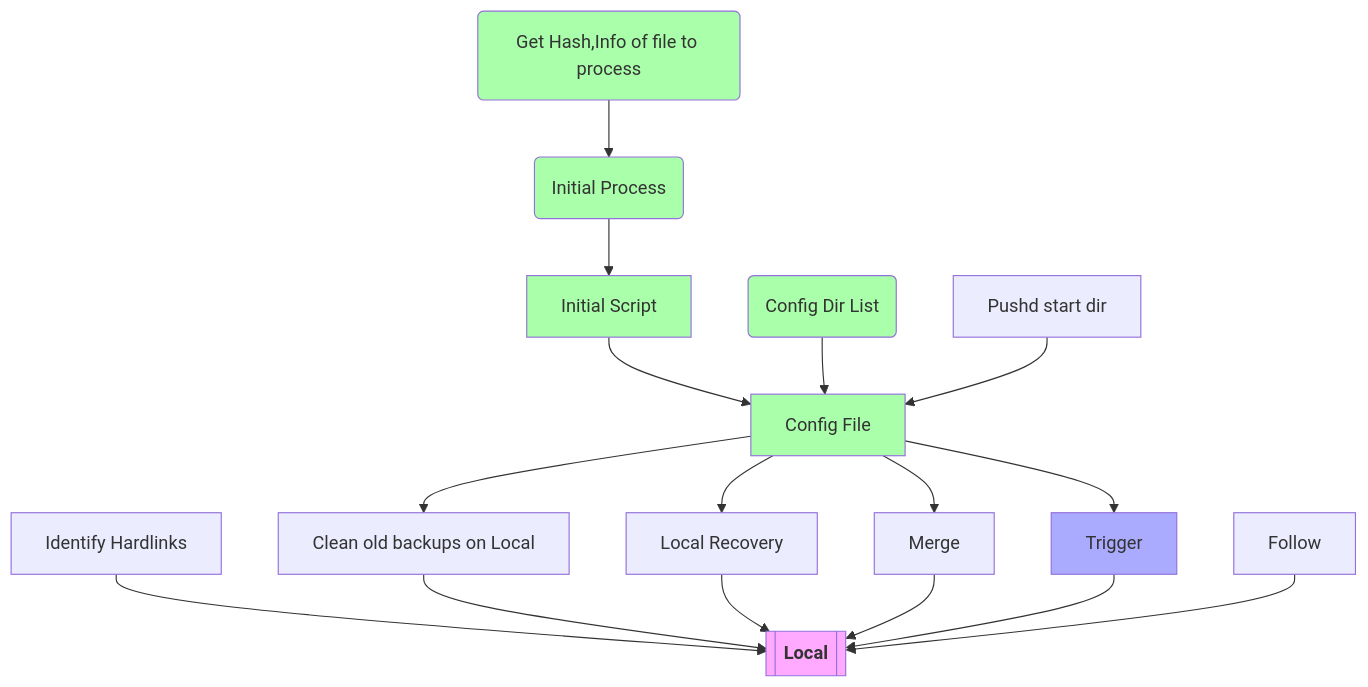
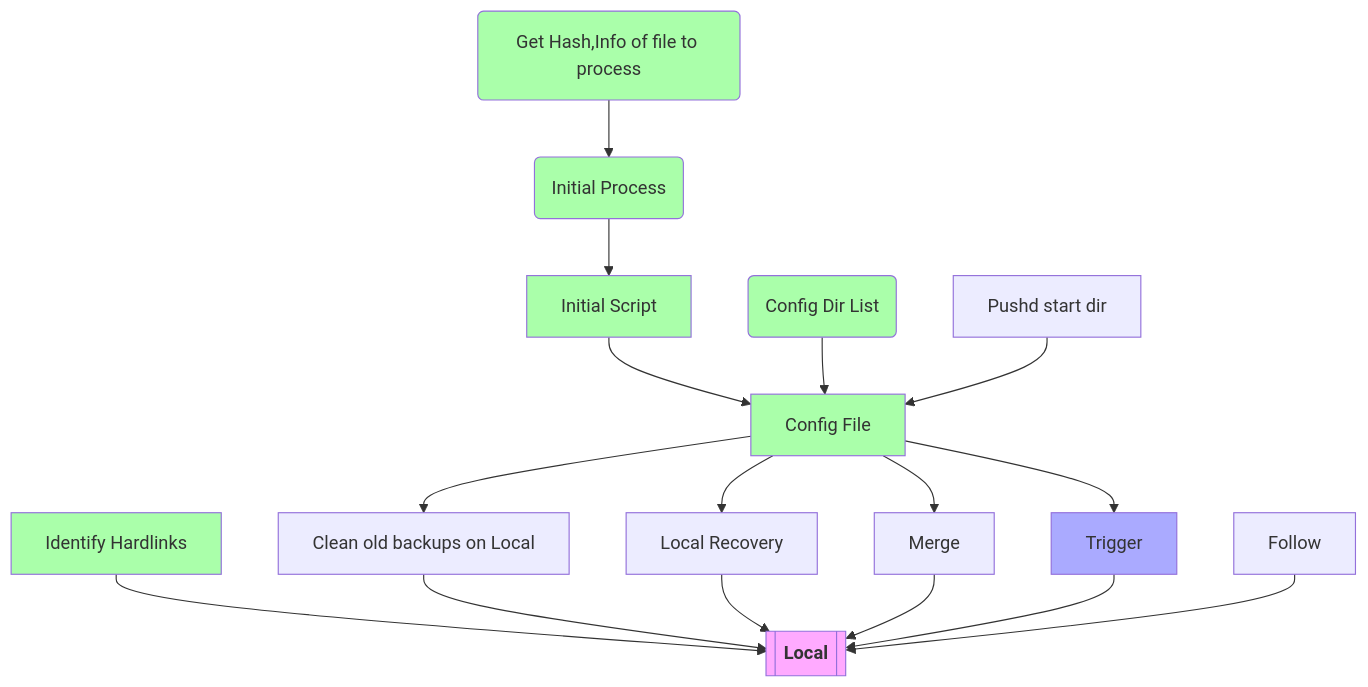
One commit to clintwebb/bakker changed the first of 6 diagrams in notes/plan.md. Above: the diagram before and after it, drawn with Mermaid. The commit also changed 1 other file, not shown here.

Commit message:
Added ability to hard-link files in the backup to files that are hard-linked in the source

````diff
--- a/notes/plan.md
+++ b/notes/plan.md
@@ -3,43 +3,44 @@
 ```mermaid
 flowchart TD;
     %% To mark an item as completed (afa=green, faf=purple, aaf=blue)
     %% style EXAMPLE fill:#afa
 
     %% To provide a link
     %% A[<a href='https://google.com'>works</a>]
     %%--------------
 
     %% Completed (#afa)
     style FEAT_INIT fill:#afa
     style FUNC_HASH fill:#afa
     style FUNC_PROCESS fill:#afa
     style FEAT_CONFIG fill:#afa
     style FEAT_CONF_DIRLIST fill:#afa
+    style FEAT_ID_HARDLINKS fill:#afa
 
     %% Active (#aaf)
     style FEAT_TRIGGER fill:#aaf
 
     FUNC_HASH(Get Hash,Info of file to process) -->
     FUNC_PROCESS(Initial Process) -->
 
     %% Init Script that can handle the basics of local backups.
     FEAT_INIT[Initial Script] --> FEAT_CONFIG
 
     FEAT_CONF_DIRLIST(Config Dir List) --> FEAT_CONFIG
     FEAT_ID_HARDLINKS[Identify Hardlinks] --> TARGET
 
     FEAT_CONFIG[Config File] -->
     FEAT_LOCAL_CLEAN[Clean old backups on Local] --> TARGET
     FEAT_CONFIG --> FEAT_LOCAL_RECOVER[Local Recovery] --> TARGET
     FEAT_CONFIG --> FEAT_MERGE[Merge] --> TARGET
 
     %% Trigger is the ability to perform some actions when triggering the backup.
     FEAT_CONFIG --> FEAT_TRIGGER[Trigger] --> TARGET
 
     FEAT_PUSHD[Pushd start dir] --> FEAT_CONFIG
     FEAT_FOLLOW[Follow] --> TARGET
 
 
     TARGET[["`**Local**`"]]
     style TARGET fill:#faf
 ```
````
